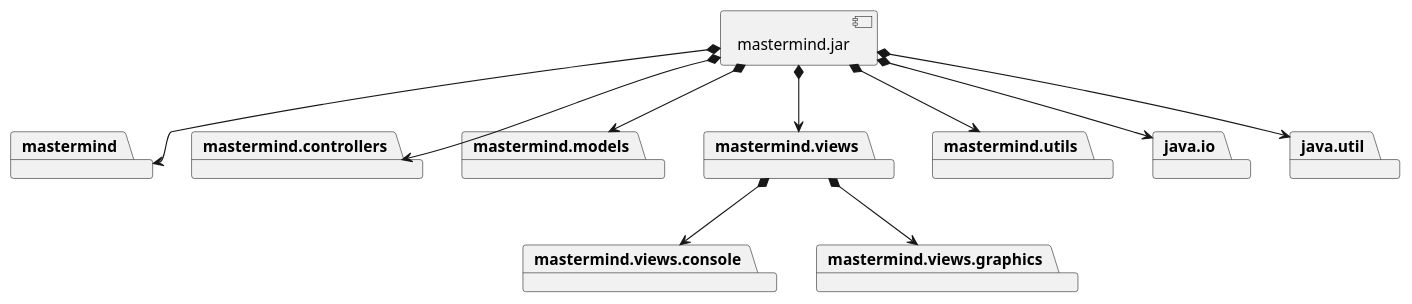
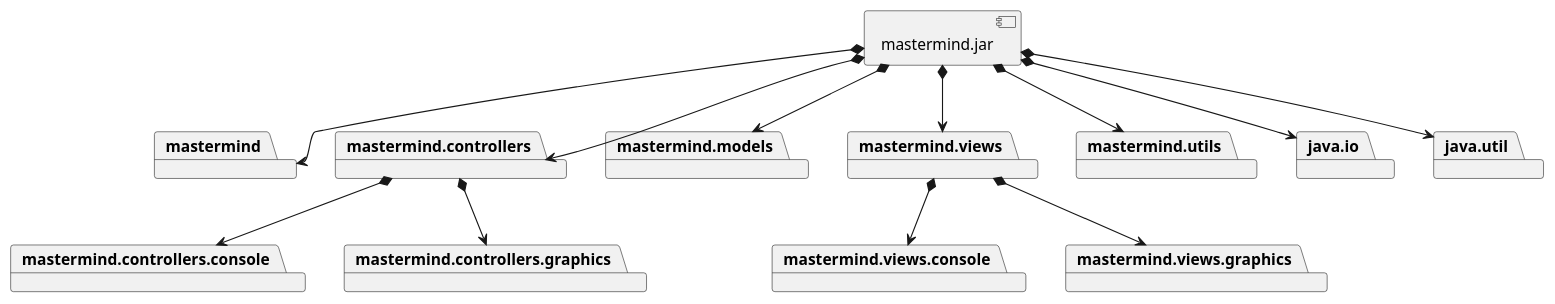
Before and after one commit to amartinm82/mastermind: the second of 3 diagrams in docs/src/docs/asciidoc/index.adoc, drawn with PlantUML. The commit also changed other lines of this file and 21 other files, not shown here.

```diff
--- a/docs/src/docs/asciidoc/index.adoc
+++ b/docs/src/docs/asciidoc/index.adoc
@@ -591,34 +678,40 @@
 [plantuml,diagramaImplementacion,svg]
 ....
 
 package "  "  as mastermind {
 }
 package "  "  as mastermind.controllers {
+}
+package "  "  as mastermind.controllers.console {
+}
+package "  "  as mastermind.controllers.graphics {
 }
 package "  "  as mastermind.models {
 }
 package "  "  as mastermind.views {
 }
 package "  "  as mastermind.views.console {
 }
 package "  "  as mastermind.views.graphics {
 }
 package "  "  as mastermind.utils {
 }
 package "  "  as java.io {
 }
 package "  "  as java.util {
 }
 
 [mastermind.jar] as jar
 
 jar *--> mastermind
 jar *--> mastermind.controllers
+mastermind.controllers *--> mastermind.controllers.console
+mastermind.controllers *--> mastermind.controllers.graphics
 jar *--> mastermind.models
 jar *--> mastermind.views
 mastermind.views *--> mastermind.views.console
 mastermind.views *--> mastermind.views.graphics
 jar *--> mastermind.utils
 jar *--> java.io
 jar *--> java.util
 ....
```
